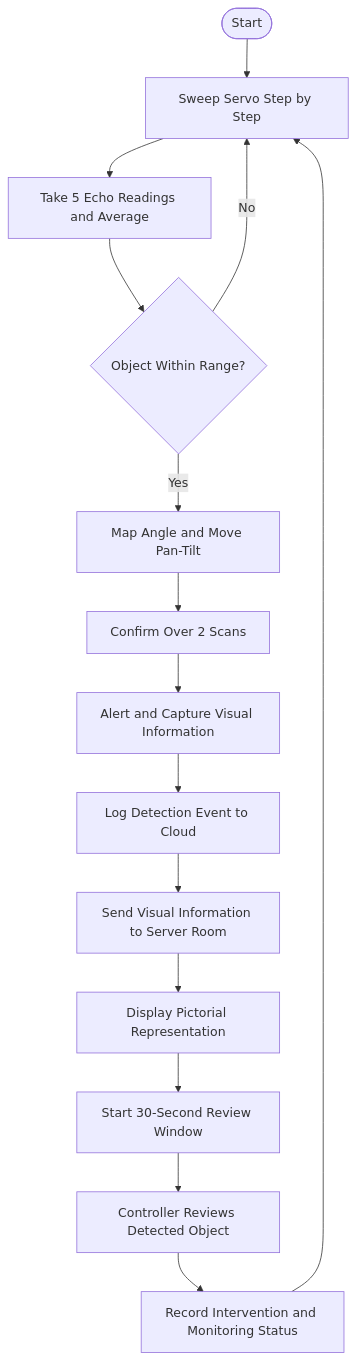
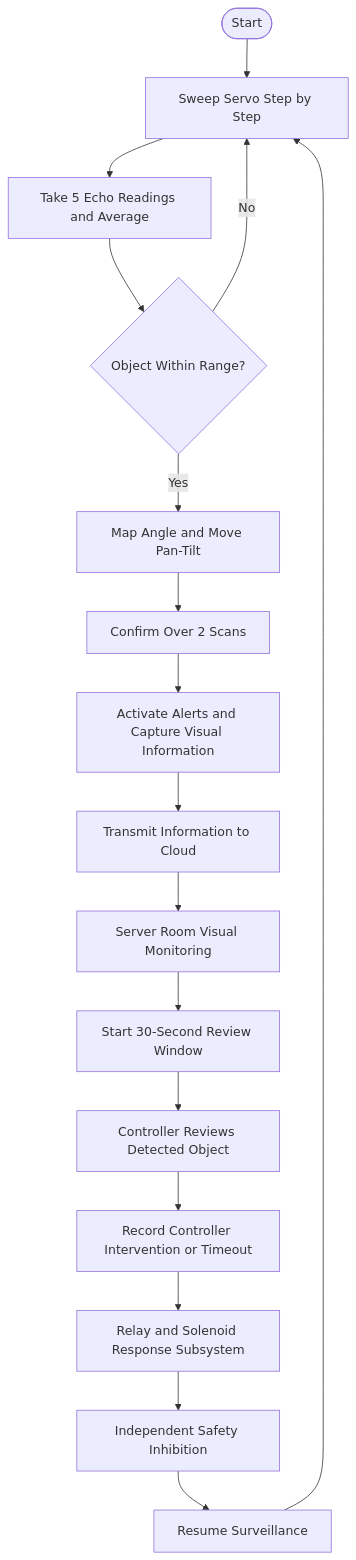
One commit to Naganurdeepa/iot-radar-surveillance-system changed the second of 2 diagrams in README.md. Above: the diagram before and after it, drawn with Mermaid.

````diff
--- a/README.md
+++ b/README.md
@@ -81,17 +79,24 @@
 ```mermaid
 flowchart TD
     A([Start]) --> B[Sweep Servo Step by Step]
     B --> C[Take 5 Echo Readings and Average]
     C --> D{Object Within Range?}
+
     D -->|No| B
     D -->|Yes| E[Map Angle and Move Pan-Tilt]
+
     E --> F[Confirm Over 2 Scans]
-    F --> G[Alert and Capture Visual Information]
-    G --> H[Log Detection Event to Cloud]
-    H --> I[Send Visual Information to Server Room]
-    I --> J[Display Pictorial Representation]
-    J --> K[Start 30-Second Review Window]
-    K --> L[Controller Reviews Detected Object]
-    L --> M[Record Intervention and Monitoring Status]
-    M --> B
+    F --> G[Activate Alerts and Capture Visual Information]
+
+    G --> H[Transmit Information to Cloud]
+    H --> I[Server Room Visual Monitoring]
+    I --> J[Start 30-Second Review Window]
+
+    J --> K[Controller Reviews Detected Object]
+    K --> L[Record Controller Intervention or Timeout]
+
+    L --> M[Relay and Solenoid Response Subsystem]
+    M --> N[Independent Safety Inhibition]
+    N --> O[Resume Surveillance]
+    O --> B
 ```
````
